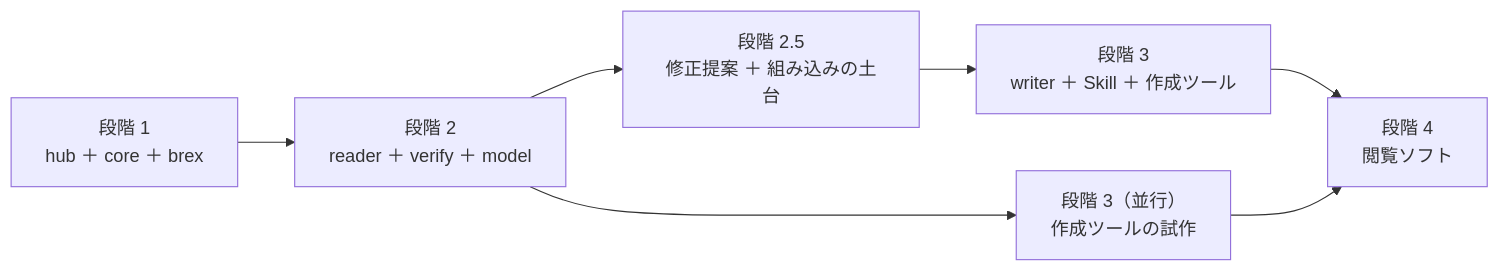
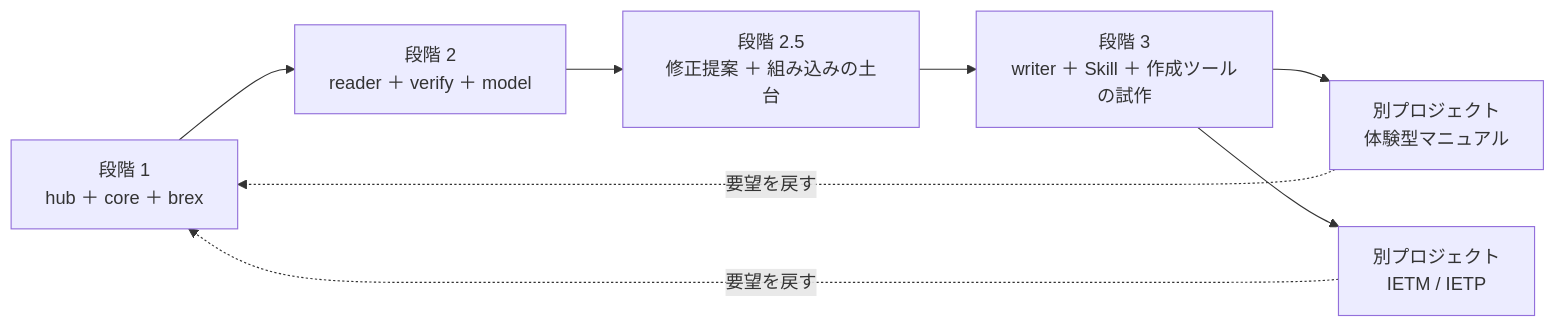
The second of 4 diagrams in docs/ROADMAP.md (shuji-bonji/s1000d-stack), drawn with Mermaid before and after one commit. The commit also changed other lines of this file and 8 other files, not shown here.

````diff
--- a/docs/ROADMAP.md
+++ b/docs/ROADMAP.md
@@ -67,9 +73,9 @@
 ```mermaid
 flowchart LR
   S1["段階 1<br/>hub ＋ core ＋ brex"] --> S2["段階 2<br/>reader ＋ verify ＋ model"]
   S2 --> S25["段階 2.5<br/>修正提案 ＋ 組み込みの土台"]
-  S25 --> S3["段階 3<br/>writer ＋ Skill ＋ 作成ツール"]
-  S2 --> S3b["段階 3（並行）<br/>作成ツールの試作"]
-  S3 --> S4["段階 4<br/>閲覧ソフト"]
-  S3b --> S4
+  S25 --> S3["段階 3<br/>writer ＋ Skill ＋ 作成ツールの試作"]
+  S3 --> XM["別プロジェクト<br/>体験型マニュアル"]
+  S3 --> IETP["別プロジェクト<br/>IETM / IETP"]
+  XM & IETP -. 要望を戻す .-> S1
 ```
````
